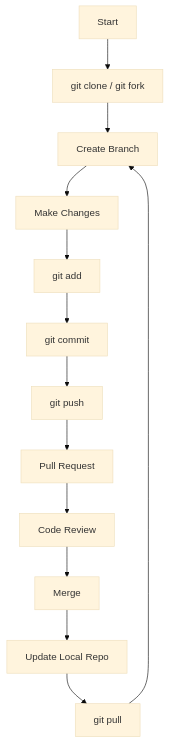
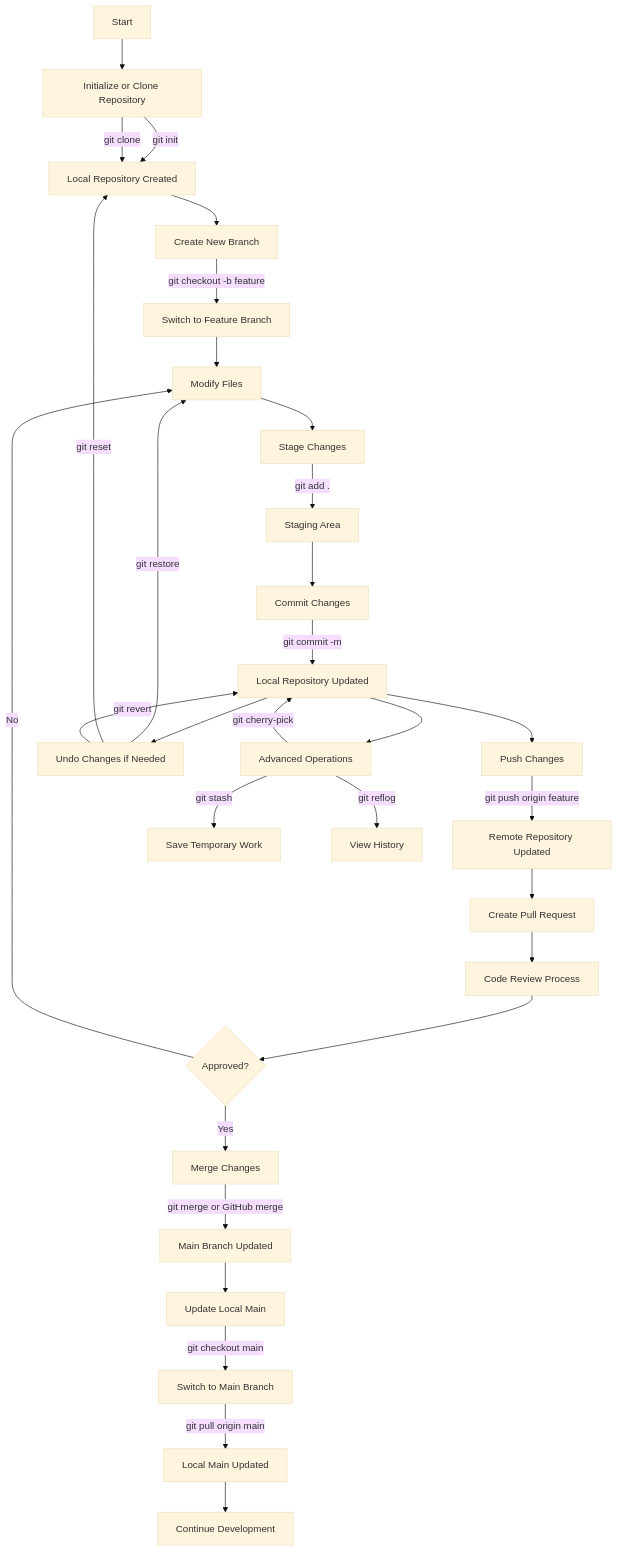
One commit to Majorwhiskey/Git-Commands-Cheatsheet changed the diagram in README.md. Above: the diagram before and after it, drawn with Mermaid (base theme). The commit also changed other lines of this file, not shown here.

````diff
--- a/README.md
+++ b/README.md
@@ -38,22 +40,49 @@
 ```mermaid
 flowchart TD
 
-A[Start] --> B[git clone / git fork]
+A[Start] --> B[Initialize or Clone Repository]
+B -->|git init| C[Local Repository Created]
+B -->|git clone| C
 
-B --> C[Create Branch]
-C --> D[Make Changes]
+C --> D[Create New Branch]
+D -->|git checkout -b feature| E[Switch to Feature Branch]
 
-D --> E[git add]
-E --> F[git commit]
+E --> F[Modify Files]
+F --> G[Stage Changes]
+G -->|git add .| H[Staging Area]
 
-F --> G[git push]
-G --> H[Pull Request]
+H --> I[Commit Changes]
+I -->|git commit -m| J[Local Repository Updated]
 
-H --> I[Code Review]
-I --> J[Merge]
+J --> K[Push Changes]
+K -->|git push origin feature| L[Remote Repository Updated]
 
-J --> K[Update Local Repo]
-K --> L[git pull]
+L --> M[Create Pull Request]
 
-L --> C
+M --> N[Code Review Process]
+
+N --> O{Approved?}
+
+O -->|Yes| P[Merge Changes]
+P -->|git merge or GitHub merge| Q[Main Branch Updated]
+
+O -->|No| F
+
+Q --> R[Update Local Main]
+R -->|git checkout main| S[Switch to Main Branch]
+S -->|git pull origin main| T[Local Main Updated]
+
+T --> U[Continue Development]
+
+%% Undo Section
+J --> V[Undo Changes if Needed]
+V -->|git restore| F
+V -->|git reset| C
+V -->|git revert| J
+
+%% Advanced Section
+J --> W[Advanced Operations]
+W -->|git stash| X[Save Temporary Work]
+W -->|git cherry-pick| J
+W -->|git reflog| Y[View History]
 ```
````
